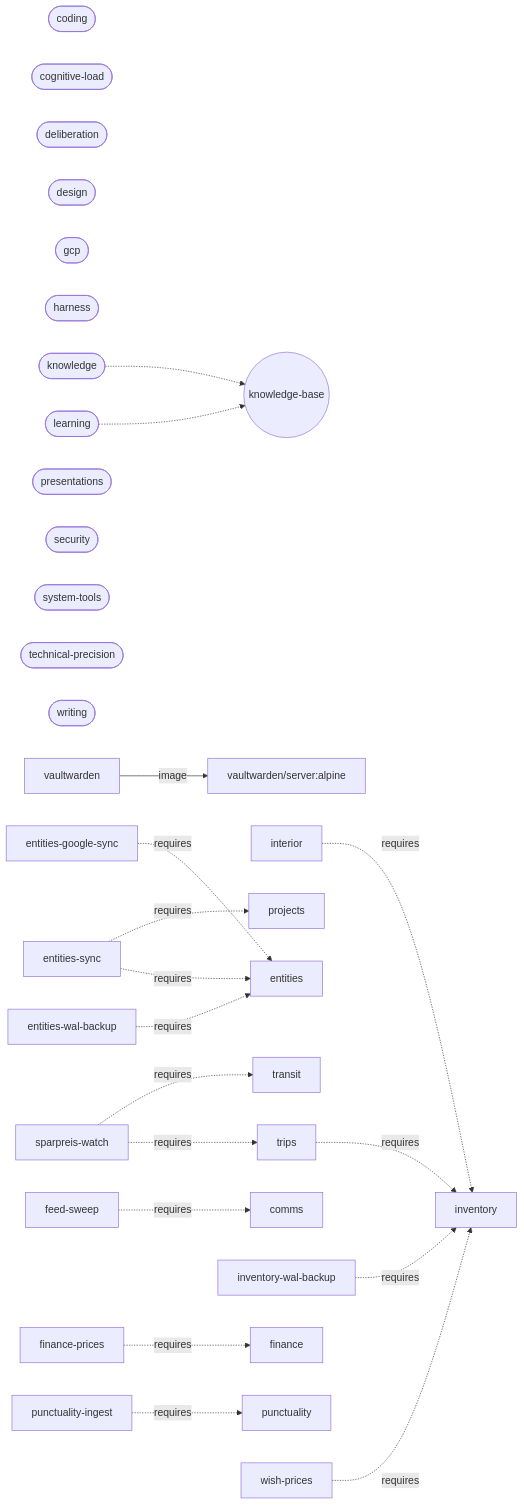
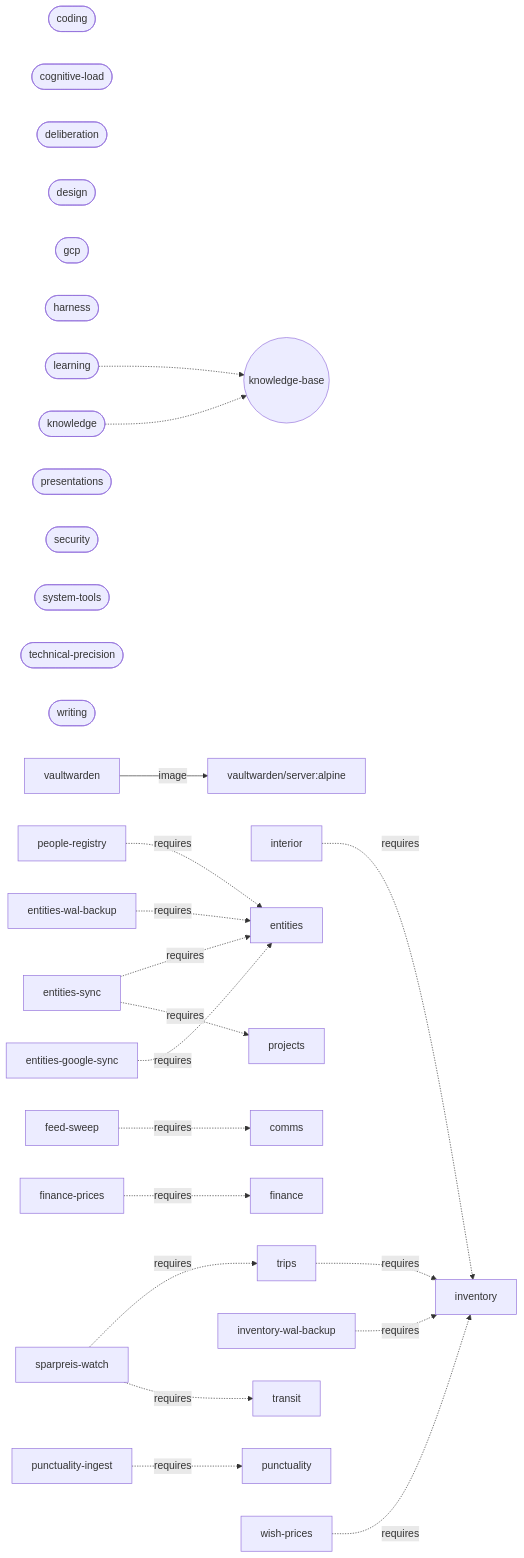
The diagram in ARCHITECTURE.md (larsboes/Sjel), drawn with Mermaid before and after one commit. The commit also changed other lines of this file and 6 other files, not shown here.

````diff
--- a/ARCHITECTURE.md
+++ b/ARCHITECTURE.md
@@ -166,32 +166,33 @@
 ```mermaid
 flowchart LR
   pack_coding(["coding"])
   pack_cognitive_load(["cognitive-load"])
   pack_deliberation(["deliberation"])
   pack_design(["design"])
   pack_gcp(["gcp"])
   pack_harness(["harness"])
   pack_knowledge(["knowledge"])
   pack_knowledge -.-> sys_knowledge_base(("knowledge-base"))
   pack_learning(["learning"])
   pack_learning -.-> sys_knowledge_base(("knowledge-base"))
   pack_presentations(["presentations"])
   pack_security(["security"])
   pack_system_tools(["system-tools"])
   pack_technical_precision(["technical-precision"])
   pack_writing(["writing"])
   cap_vaultwarden["vaultwarden"] -->|image| img_vaultwarden_server["vaultwarden/server:alpine"]
   cap_interior["interior"] -.->|requires| cap_inventory["inventory"]
   cap_trips["trips"] -.->|requires| cap_inventory["inventory"]
   cap_entities_google_sync["entities-google-sync"] -.->|requires| cap_entities["entities"]
   cap_entities_sync["entities-sync"] -.->|requires| cap_projects["projects"]
   cap_entities_sync["entities-sync"] -.->|requires| cap_entities["entities"]
   cap_entities_wal_backup["entities-wal-backup"] -.->|requires| cap_entities["entities"]
   cap_feed_sweep["feed-sweep"] -.->|requires| cap_comms["comms"]
   cap_finance_prices["finance-prices"] -.->|requires| cap_finance["finance"]
   cap_inventory_wal_backup["inventory-wal-backup"] -.->|requires| cap_inventory["inventory"]
+  cap_people_registry["people-registry"] -.->|requires| cap_entities["entities"]
   cap_punctuality_ingest["punctuality-ingest"] -.->|requires| cap_punctuality["punctuality"]
   cap_sparpreis_watch["sparpreis-watch"] -.->|requires| cap_transit["transit"]
   cap_sparpreis_watch["sparpreis-watch"] -.->|requires| cap_trips["trips"]
   cap_wish_prices["wish-prices"] -.->|requires| cap_inventory["inventory"]
 ```
````
